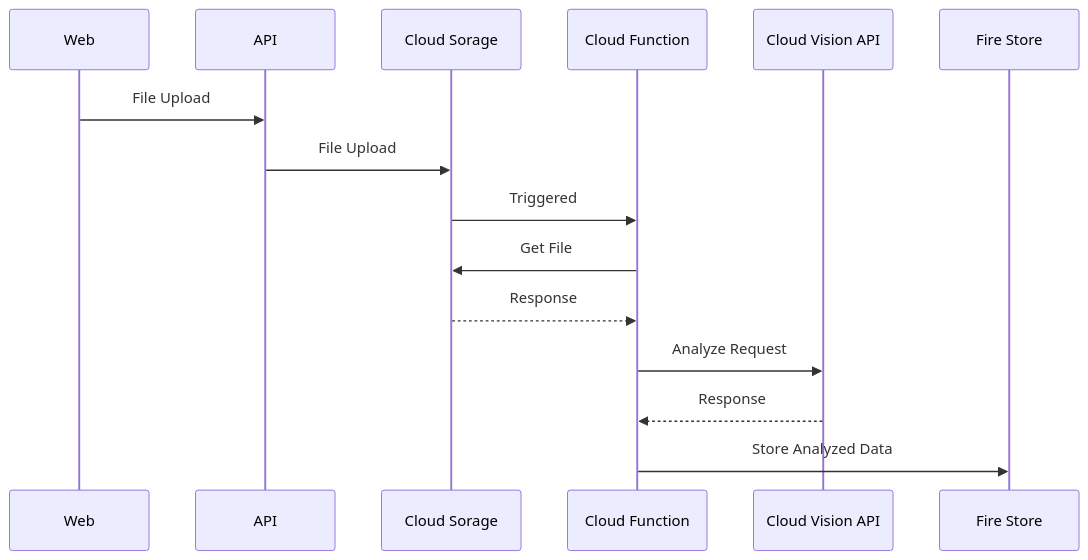
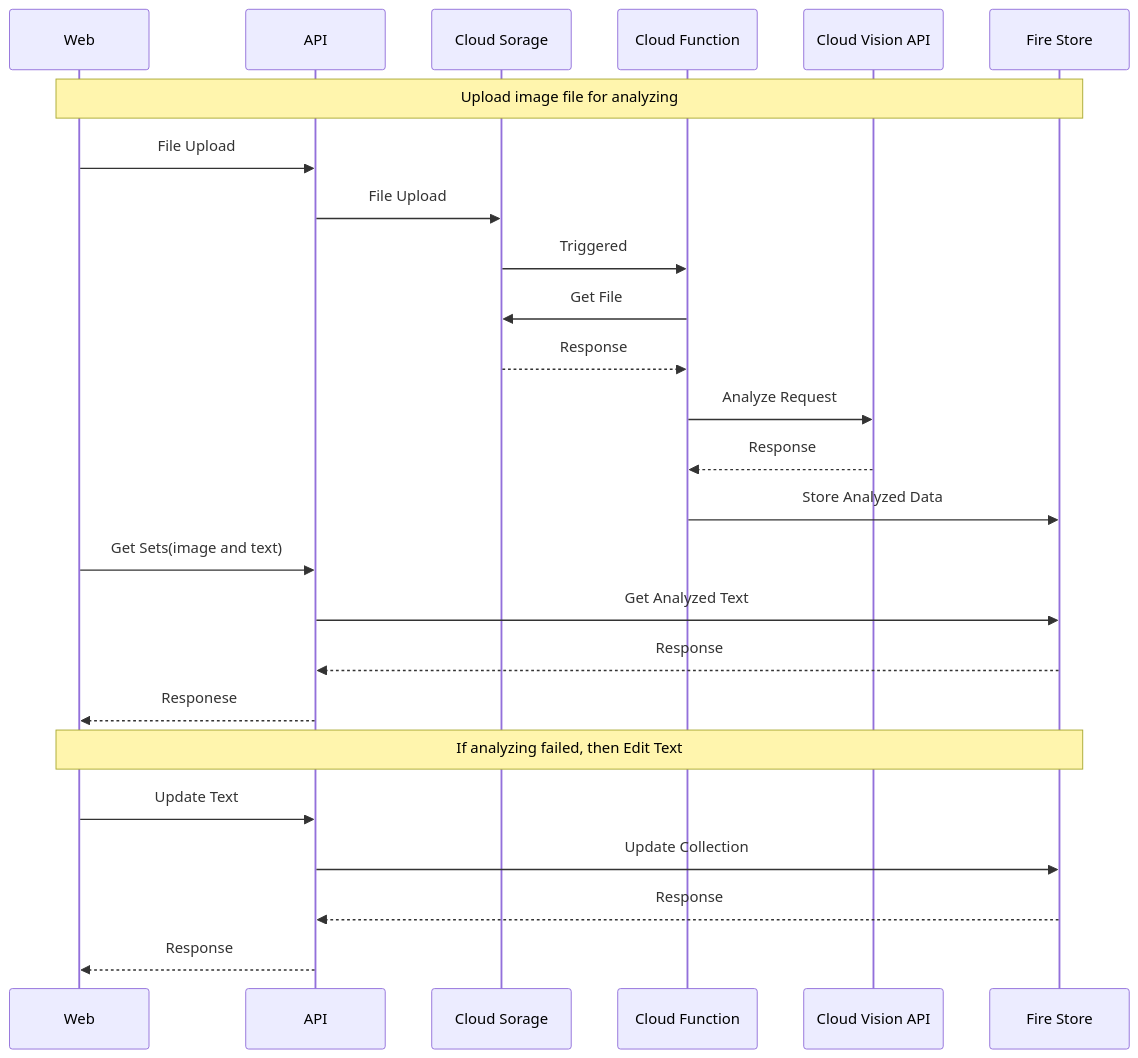
Before and after one commit to kitsystemyou/Giovanni: the diagram in doc/analyze_sequence.md, drawn with Mermaid.

Commit message:
Update doc: sequence figure

````diff
--- a/doc/analyze_sequence.md
+++ b/doc/analyze_sequence.md
@@ -3,18 +3,28 @@
 ```mermaid
 sequenceDiagram
     participant W as Web
     participant A as API
     participant CS as Cloud Sorage
     participant CF as Cloud Function
     participant CV as Cloud Vision API
     participant FS as Fire Store
 
+    Note over W, FS: Upload image file for analyzing
     W ->> A: File Upload
     A ->> CS: File Upload
     CS ->> CF: Triggered
     CF ->> CS: Get File
     CS -->> CF: Response
     CF ->> CV: Analyze Request
     CV -->> CF: Response
     CF ->> FS: Store Analyzed Data
+    W ->> A: Get Sets(image and text)
+    A ->> FS: Get Analyzed Text
+    FS -->> A: Response
+    A -->> W: Responese
+    Note over W, FS: If analyzing failed, then Edit Text
+    W ->> A: Update Text
+    A ->> FS: Update Collection
+    FS -->> A: Response
+    A -->> W: Response
 ```
````
